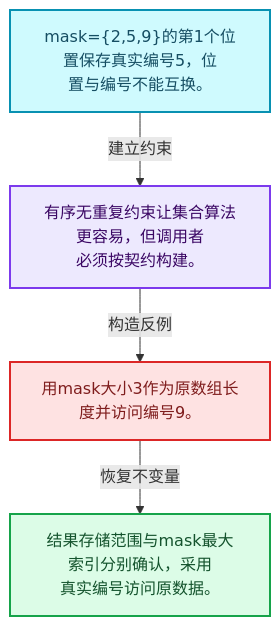
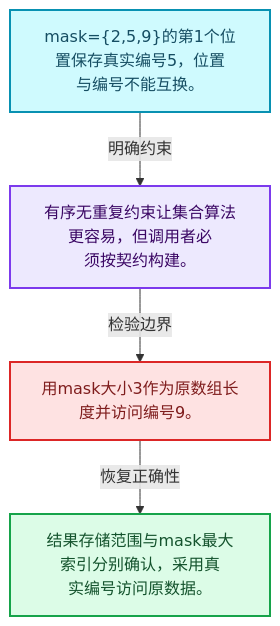
Before and after one commit to yunkezengren/blender-.vscode: the first of 4 diagrams in 杂/markdown/全面学习-codex/04-虚拟数组与索引选择/08-IndexMask总体表示.md, drawn with Mermaid. The commit also changed other lines of this file and 1930 other files, not shown here.

````diff
--- a/杂/markdown/全面学习-codex/04-虚拟数组与索引选择/08-IndexMask总体表示.md
+++ b/杂/markdown/全面学习-codex/04-虚拟数组与索引选择/08-IndexMask总体表示.md
@@ -29,16 +29,16 @@
 ```mermaid
 flowchart TB
-  M["mask={2,5,9}的第1个位置保存真实编号5，位<br/>置与编号不能互换。"]:::data
-  T["有序无重复约束让集合算法更容易，但调用者<br/>必须按契约构建。"]:::abstraction
-  X["用mask大小3作为原数组长度并访问编号9。"]:::error
-  A["结果存储范围与mask最大索引分别确认，采用<br/>真实编号访问原数据。"]:::result
-  M -->|"建立约束"| T
-  T -->|"构造反例"| X
-  X -->|"恢复不变量"| A
+  M["mask={2,5,9}的第1个位置保存真实编号5，位置<br/>与编号不能互换。"]:::data
+  C["有序无重复约束让集合算法更容易，但调用者必<br/>须按契约构建。"]:::abstraction
+  B["用mask大小3作为原数组长度并访问编号9。"]:::error
+  R["结果存储范围与mask最大索引分别确认，采用真<br/>实编号访问原数据。"]:::result
+  M -->|"明确约束"| C
+  C -->|"检验边界"| B
+  B -->|"恢复正确性"| R
   classDef input fill:#DBEAFE,stroke:#2563EB,color:#172554,stroke-width:2px;
   classDef data fill:#CFFAFE,stroke:#0891B2,color:#164E63,stroke-width:2px;
   classDef abstraction fill:#EDE9FE,stroke:#7C3AED,color:#3B0764,stroke-width:2px;
   classDef compute fill:#FEF3C7,stroke:#D97706,color:#78350F,stroke-width:2px;
   classDef result fill:#DCFCE7,stroke:#16A34A,color:#14532D,stroke-width:2px;
   classDef error fill:#FEE2E2,stroke:#DC2626,color:#7F1D1D,stroke-width:2px;
 ```
````
